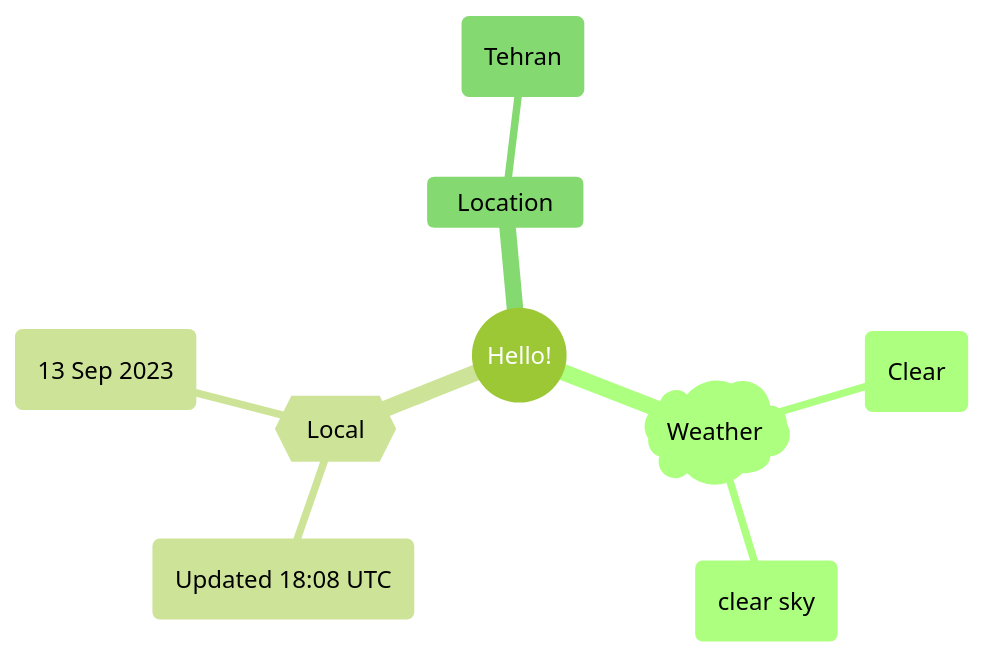
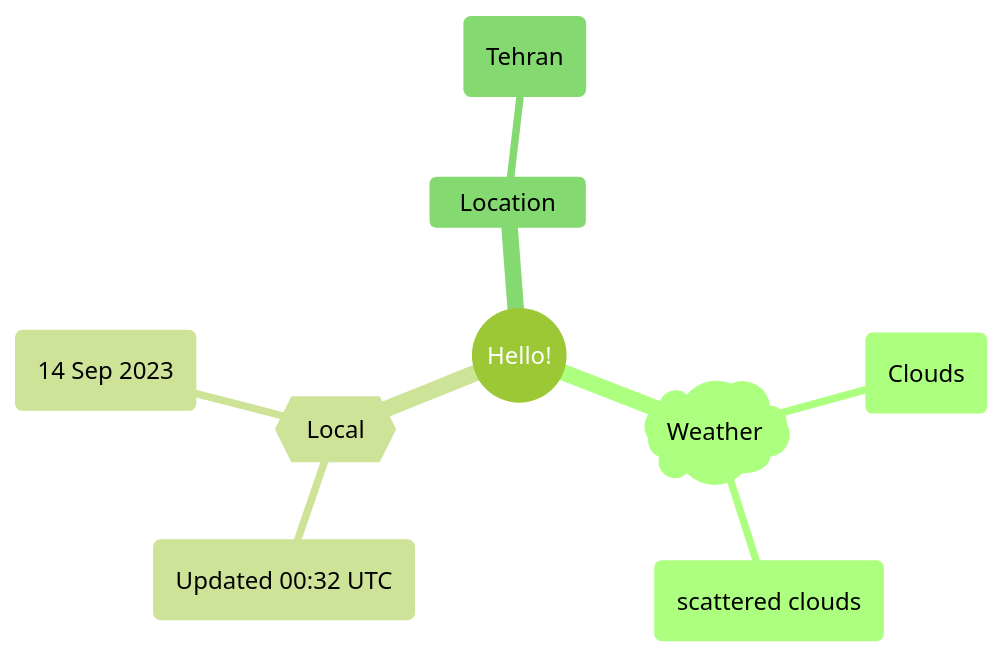
The first of 2 diagrams in README.md (Xosrov/Xosrov), drawn with Mermaid (forest theme) before and after one commit.

Commit message:
[bot] updated images

````diff
--- a/README.md
+++ b/README.md
@@ -3,12 +3,12 @@
 ```mermaid
 mindmap
   root((Hello!))
     )Weather(
-        (Clear)
-        (clear sky)
+        (Clouds)
+        (scattered clouds)
     {{Local}}
-        (Updated 18:08 UTC)
-        (13 Sep 2023)
+        (Updated 00:32 UTC)
+        (14 Sep 2023)
     Location
         (Tehran)
 ```
````
